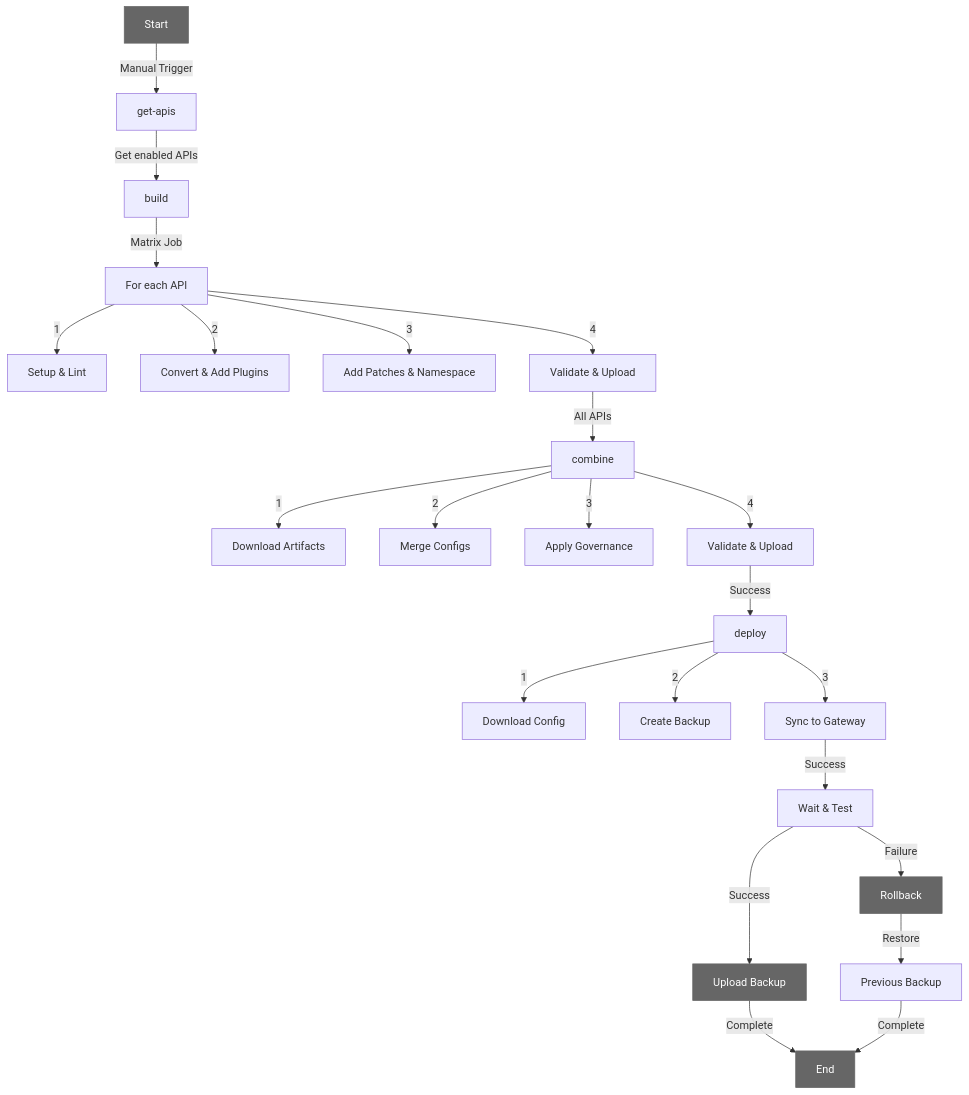
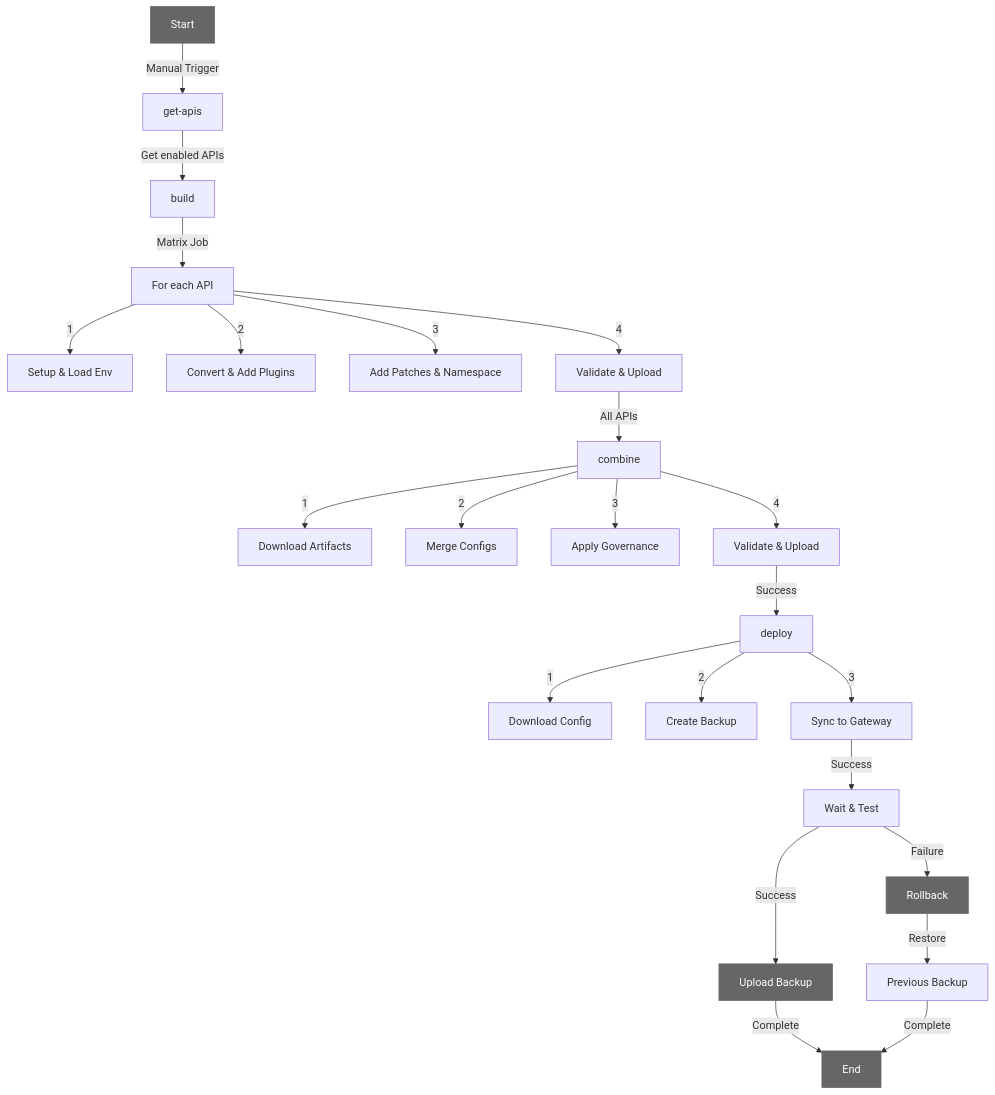
Before and after one commit to pantsel/mt-apiops-example: the diagram in README.md, drawn with Mermaid. The commit also changed other lines of this file, not shown here.

````diff
--- a/README.md
+++ b/README.md
@@ -110,30 +113,30 @@
 ```mermaid
 graph TD
     A[Start] -->|Manual Trigger| B[get-apis]
     B -->|Get enabled APIs| C[build]
     C -->|Matrix Job| D[For each API]
-    D -->|1| E[Setup & Lint]
+    D -->|1| E[Setup & Load Env]
     D -->|2| F[Convert & Add Plugins]
     D -->|3| G[Add Patches & Namespace]
     D -->|4| H[Validate & Upload]
     H -->|All APIs| I[combine]
     I -->|1| J[Download Artifacts]
     I -->|2| K[Merge Configs]
     I -->|3| L[Apply Governance]
     I -->|4| M[Validate & Upload]
     M -->|Success| N[deploy]
     N -->|1| O[Download Config]
     N -->|2| P[Create Backup]
     N -->|3| Q[Sync to Gateway]
     Q -->|Success| R[Wait & Test]
     R -->|Success| S[Upload Backup]
     R -->|Failure| T[Rollback]
     T -->|Restore| U[Previous Backup]
     S -->|Complete| V[End]
     U -->|Complete| V[End]
 
     style A fill:#666,stroke:#666,stroke-width:1px,color:#fff
     style V fill:#666,stroke:#666,stroke-width:1px,color:#fff
     style T fill:#666,stroke:#666,stroke-width:1px,color:#fff
     style S fill:#666,stroke:#666,stroke-width:1px,color:#fff
 ```
````
